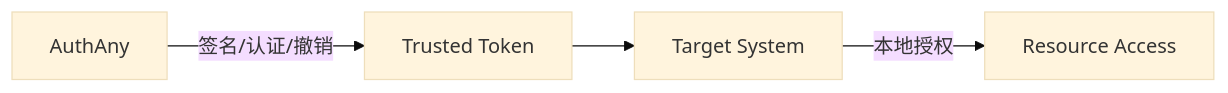
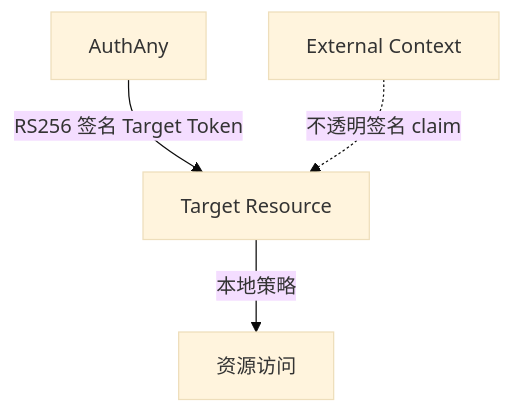
One commit to renxqoo/Authany changed the second of 3 diagrams in specs/01-ARCHITECTURE.md. Above: the diagram before and after it, drawn with Mermaid (base theme). The commit also changed other lines of this file and 310 other files, not shown here.

Commit message:
feat: harden security flows and reorganize example apps

````diff
--- a/specs/01-ARCHITECTURE.md
+++ b/specs/01-ARCHITECTURE.md
@@ -91,6 +63,6 @@
 ```mermaid
-flowchart LR
-    A["AuthAny"] -->|"签名/认证/撤销"| TOK["Trusted Token"]
-    TOK --> T["Target System"]
-    T -->|"本地授权"| RES["Resource Access"]
+flowchart TD
+    A["AuthAny"] -->|"RS256 签名 Target Token"| T["Target Resource"]
+    T -->|"本地策略"| R["资源访问"]
+    EXT["External Context"] -. "不透明签名 claim" .-> T
 ```
````
